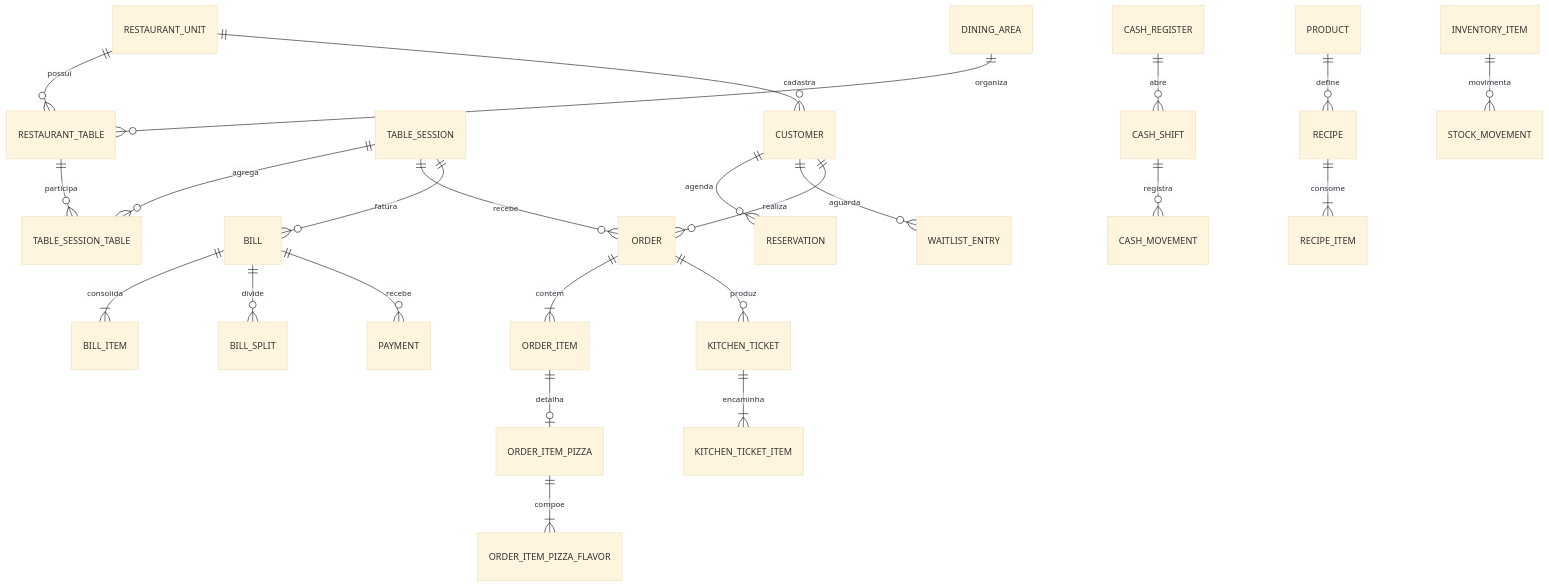
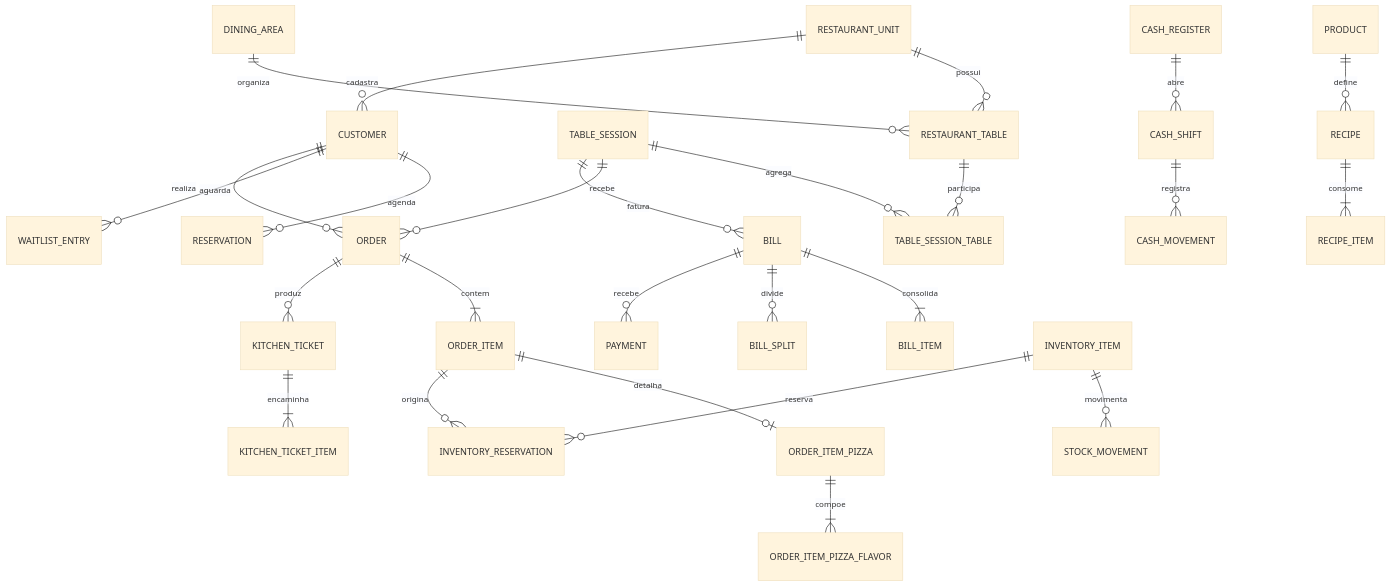
The diagram in docs/database-model.md (GuilhermeDuarte14511/ProjetoPizza), drawn with Mermaid (base theme) before and after one commit. The commit also changed other lines of this file and 76 other files, not shown here.

````diff
--- a/docs/database-model.md
+++ b/docs/database-model.md
@@ -25,26 +25,28 @@
 ```mermaid
 erDiagram
     RESTAURANT_UNIT ||--o{ RESTAURANT_TABLE : possui
     DINING_AREA ||--o{ RESTAURANT_TABLE : organiza
     TABLE_SESSION ||--o{ TABLE_SESSION_TABLE : agrega
     RESTAURANT_TABLE ||--o{ TABLE_SESSION_TABLE : participa
     TABLE_SESSION ||--o{ ORDER : recebe
     RESTAURANT_UNIT ||--o{ CUSTOMER : cadastra
     CUSTOMER ||--o{ RESERVATION : agenda
     CUSTOMER ||--o{ WAITLIST_ENTRY : aguarda
     CUSTOMER ||--o{ ORDER : realiza
     ORDER ||--|{ ORDER_ITEM : contem
     ORDER_ITEM ||--o| ORDER_ITEM_PIZZA : detalha
     ORDER_ITEM_PIZZA ||--|{ ORDER_ITEM_PIZZA_FLAVOR : compoe
     ORDER ||--o{ KITCHEN_TICKET : produz
     KITCHEN_TICKET ||--|{ KITCHEN_TICKET_ITEM : encaminha
     TABLE_SESSION ||--o{ BILL : fatura
     BILL ||--|{ BILL_ITEM : consolida
     BILL ||--o{ BILL_SPLIT : divide
     BILL ||--o{ PAYMENT : recebe
     CASH_REGISTER ||--o{ CASH_SHIFT : abre
     CASH_SHIFT ||--o{ CASH_MOVEMENT : registra
     PRODUCT ||--o{ RECIPE : define
     RECIPE ||--|{ RECIPE_ITEM : consome
     INVENTORY_ITEM ||--o{ STOCK_MOVEMENT : movimenta
+    INVENTORY_ITEM ||--o{ INVENTORY_RESERVATION : reserva
+    ORDER_ITEM ||--o{ INVENTORY_RESERVATION : origina
 ```
````
